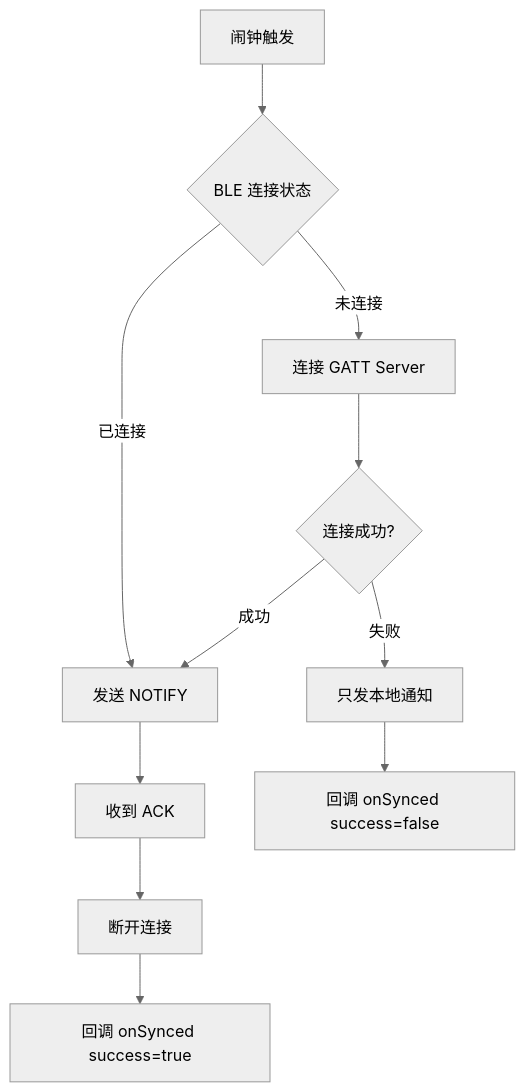
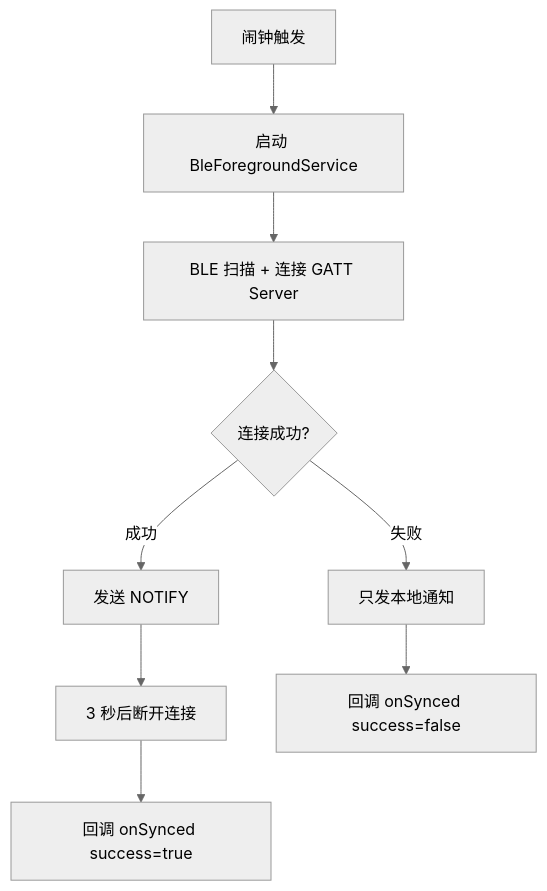
One commit to BladeFong/BleNotificationSync changed the fifth of 5 diagrams in docs/superpowers/specs/2026-07-10-ble-notification-sync-design.md. Above: the diagram before and after it, drawn with Mermaid (neutral theme). The commit also changed other lines of this file and 7 other files, not shown here.

````diff
--- a/docs/superpowers/specs/2026-07-10-ble-notification-sync-design.md
+++ b/docs/superpowers/specs/2026-07-10-ble-notification-sync-design.md
@@ -486,13 +480,11 @@
 ```mermaid
 flowchart TD
-    A[闹钟触发] --> B{BLE 连接状态}
-    B -->|已连接| C[发送 NOTIFY]
-    B -->|未连接| D[连接 GATT Server]
-    D --> E{连接成功?}
-    E -->|失败| F[只发本地通知]
-    E -->|成功| C
-    C --> G[收到 ACK]
-    G --> H[断开连接]
-    H --> I[回调 onSynced success=true]
-    F --> J[回调 onSynced success=false]
+    A[闹钟触发] --> B[启动 BleForegroundService]
+    B --> C[BLE 扫描 + 连接 GATT Server]
+    C --> D{连接成功?}
+    D -->|失败| E[只发本地通知]
+    D -->|成功| F[发送 NOTIFY]
+    F --> G[3 秒后断开连接]
+    G --> H[回调 onSynced success=true]
+    E --> I[回调 onSynced success=false]
 ```
````
